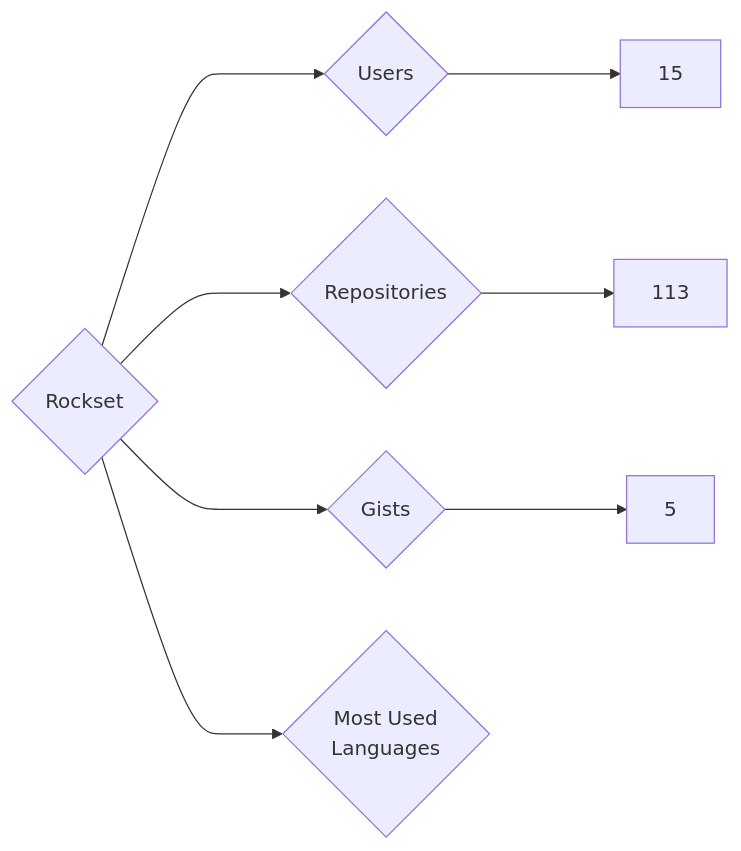
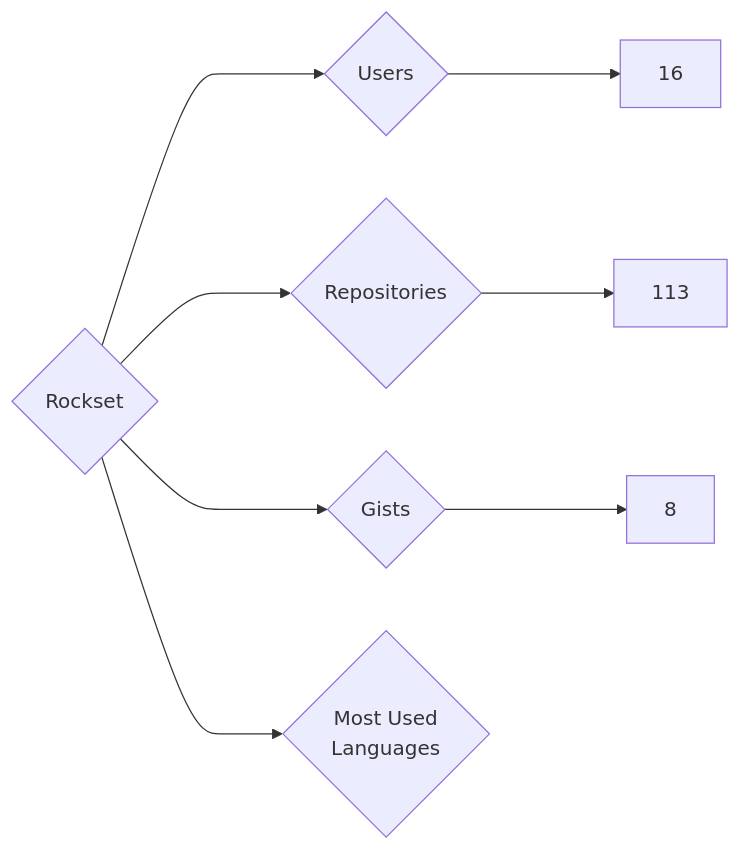
One commit to nenadzaric/insiders changed the diagram in targets/Rockset/README.md. Above: the diagram before and after it, drawn with Mermaid. The commit also changed 1342 other files, not shown here.

````diff
--- a/targets/Rockset/README.md
+++ b/targets/Rockset/README.md
@@ -3,8 +3,8 @@
 ```mermaid
 graph LR
 COMPANY_NAME{Rockset}
-COMPANY_NAME ---> U{Users} ---> UN[15]
+COMPANY_NAME ---> U{Users} ---> UN[16]
 COMPANY_NAME ---> R{Repositories} ---> RN[113]
-COMPANY_NAME ---> G{Gists} ---> GN[5]
+COMPANY_NAME ---> G{Gists} ---> GN[8]
 COMPANY_NAME ---> ML{Most Used<br>Languages}
 ```
````
